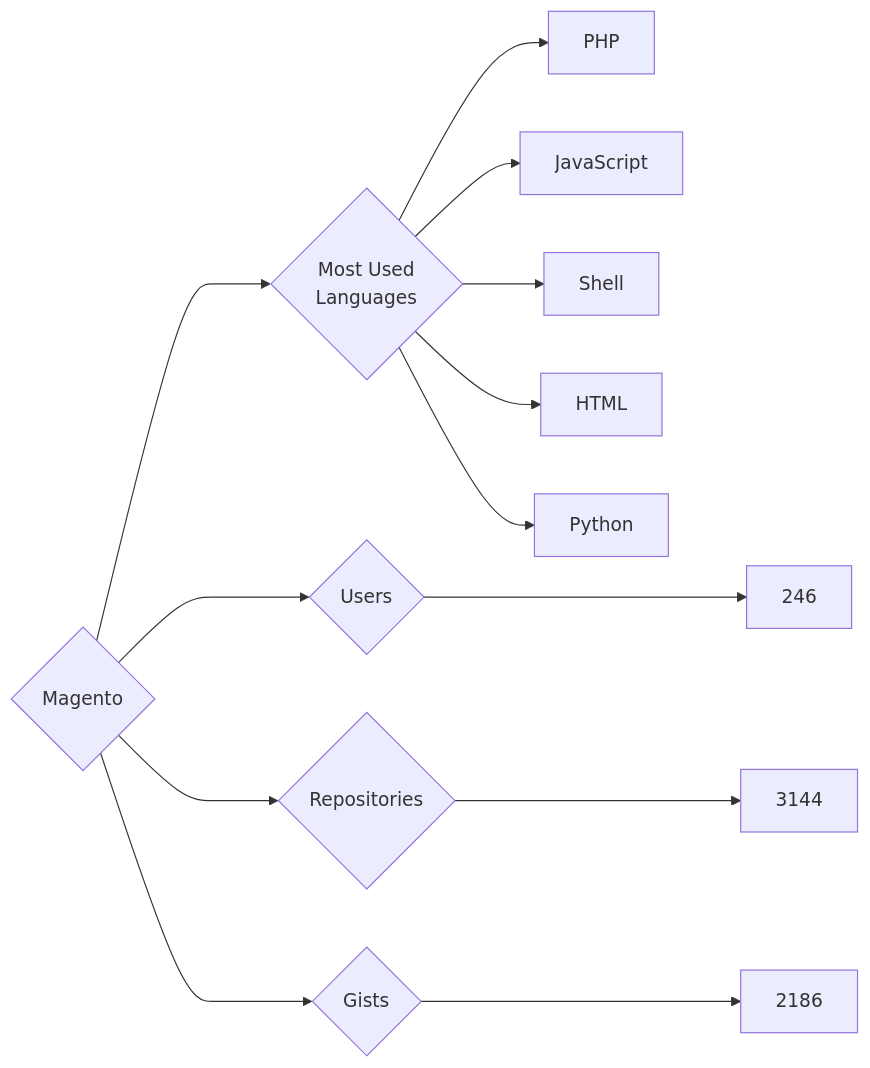
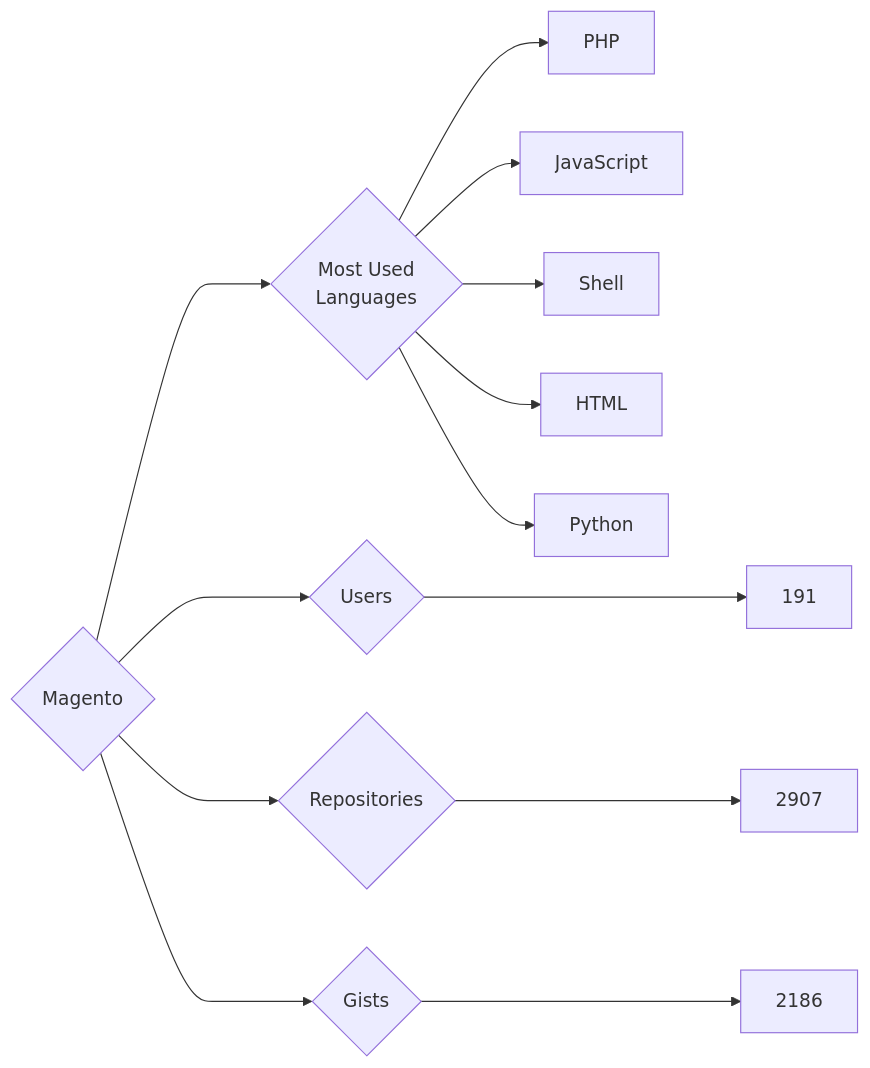
The diagram in targets/Magento/README.md (trickest/insiders), drawn with Mermaid before and after one commit. The commit also changed 699 other files, not shown here.

````diff
--- a/targets/Magento/README.md
+++ b/targets/Magento/README.md
@@ -3,13 +3,13 @@
 ```mermaid
 graph LR
 COMPANY_NAME{Magento}
-COMPANY_NAME ---> U{Users} ---> UN[246]
-COMPANY_NAME ---> R{Repositories} ---> RN[3144]
+COMPANY_NAME ---> U{Users} ---> UN[191]
+COMPANY_NAME ---> R{Repositories} ---> RN[2907]
 COMPANY_NAME ---> G{Gists} ---> GN[2186]
 COMPANY_NAME ---> ML{Most Used<br>Languages}
 ML --> PHP[PHP]
 ML --> JavaScript[JavaScript]
 ML --> Shell[Shell]
 ML --> HTML[HTML]
 ML --> Python[Python]
 ```
````
